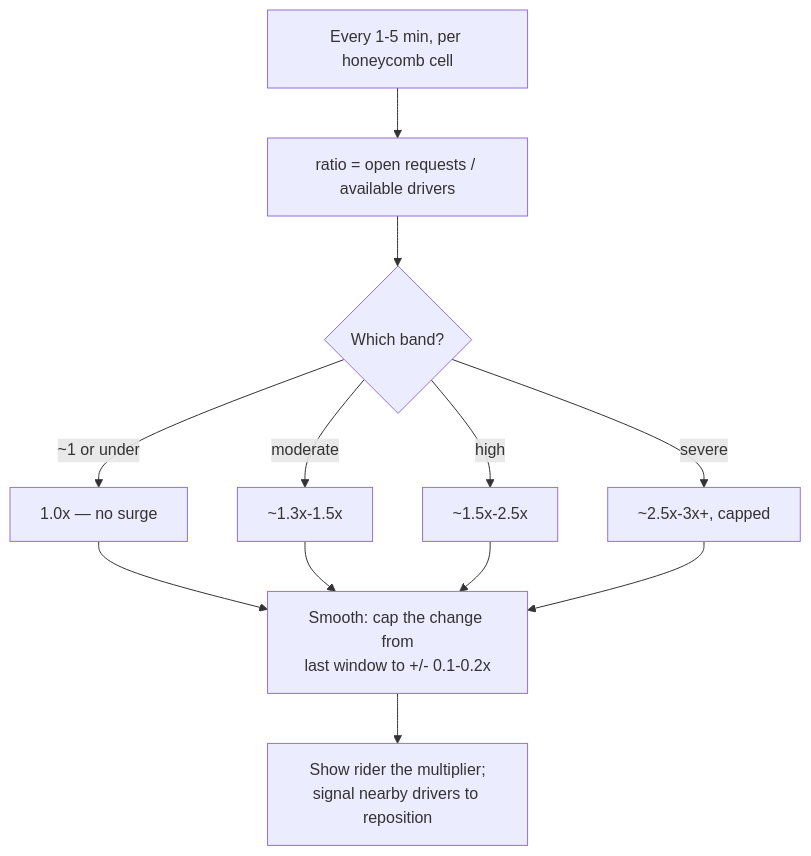
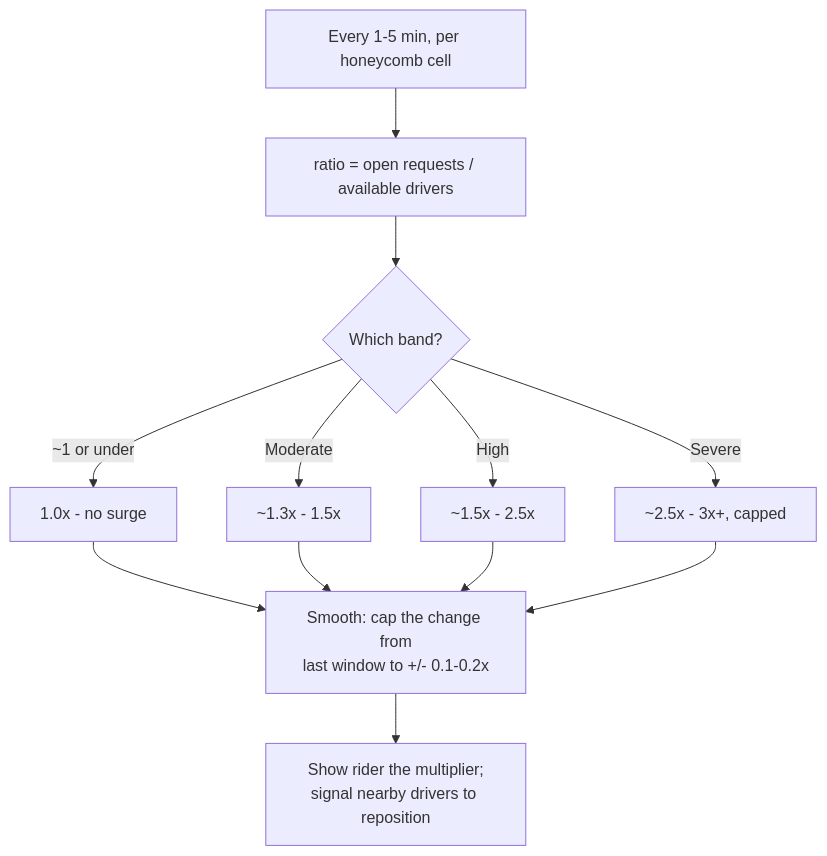
One commit to riyaz-pasha/Learnings changed the tenth of 16 diagrams in system-design/HLD/0-course/30-Design Uber-FAANG-Guide-story.md. Above: the diagram before and after it, drawn with Mermaid. The commit also changed other lines of this file and 1 other file, not shown here.

First line of the commit message:
[REWRITE] Design Uber guides: simplify prose, add structure, fix dark-theme diagrams

````diff
--- a/system-design/HLD/0-course/30-Design Uber-FAANG-Guide-story.md
+++ b/system-design/HLD/0-course/30-Design Uber-FAANG-Guide-story.md
@@ -266,11 +624,11 @@
 ```mermaid
 flowchart TD
     A["Every 1-5 min, per honeycomb cell"] --> B["ratio = open requests / available drivers"]
     B --> C{"Which band?"}
-    C -- "~1 or under" --> D["1.0x — no surge"]
-    C -- "moderate" --> E["~1.3x-1.5x"]
-    C -- "high" --> F["~1.5x-2.5x"]
-    C -- "severe" --> G["~2.5x-3x+, capped"]
-    D & E & F & G --> H["Smooth: cap the change from\nlast window to +/- 0.1-0.2x"]
-    H --> I["Show rider the multiplier;\nsignal nearby drivers to reposition"]
+    C -- "~1 or under" --> D["1.0x - no surge"]
+    C -- "Moderate" --> E["~1.3x - 1.5x"]
+    C -- "High" --> F["~1.5x - 2.5x"]
+    C -- "Severe" --> G["~2.5x - 3x+, capped"]
+    D & E & F & G --> H["Smooth: cap the change from<br/>last window to +/- 0.1-0.2x"]
+    H --> I["Show rider the multiplier;<br/>signal nearby drivers to reposition"]
 ```
````
